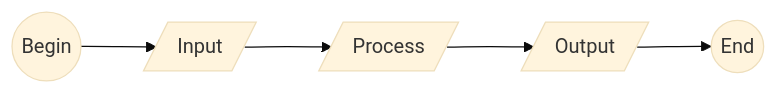
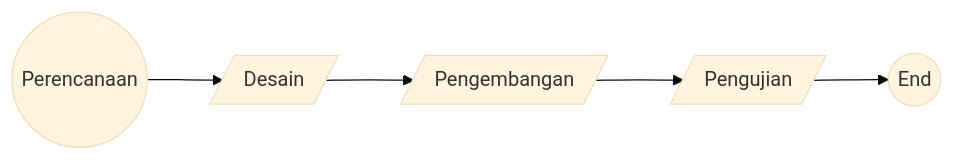
The diagram in content/notes/xx1000/hello-world.md (birongzah/lecture-notes), drawn with Mermaid (base theme) before and after one commit. The commit also changed other lines of this file, not shown here.

```diff
--- a/content/notes/xx1000/hello-world.md
+++ b/content/notes/xx1000/hello-world.md
@@ -14,12 +17,12 @@
 {{< mermaid >}}
 flowchart LR
-  B(("Begin"))
-  I[/"Input"/]
-  P[/"Process"/]
-  O[/"Output"/]
+  B(("Perencanaan"))
+  I[/"Desain"/]
+  P[/"Pengembangan"/]
+  O[/"Pengujian"/]
   E(("End"))
   B --> I
   I --> P
   P --> O
   O --> E
 {{< /mermaid >}}
```
